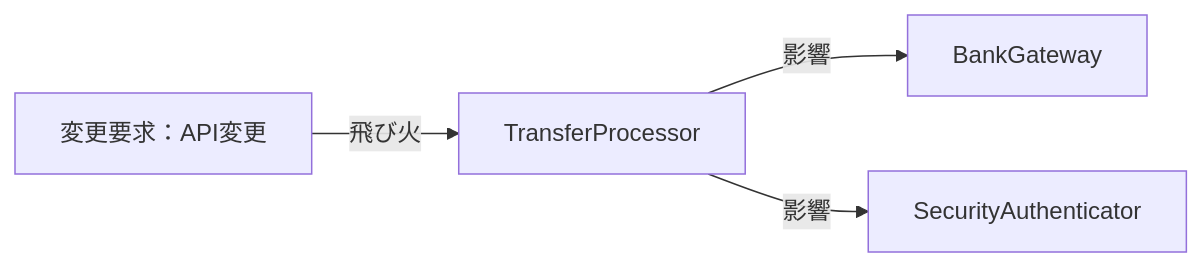
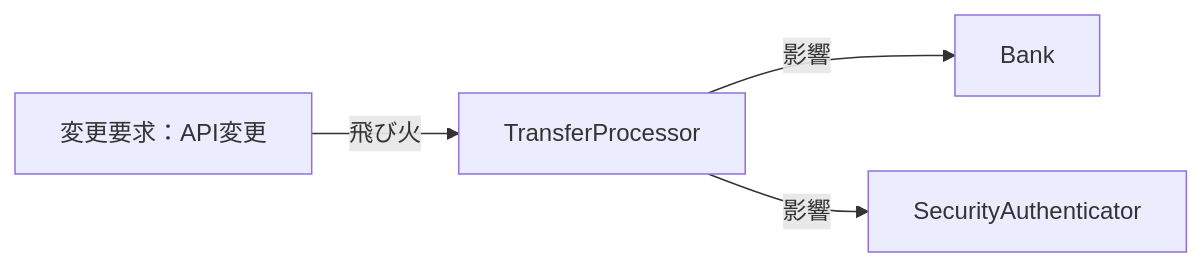
Before and after one commit to kumachan1101-pixel/DesignPattern: the fourth of 11 diagrams in kindle/design-patterns/output/chapter02.md, drawn with Mermaid. The commit also changed other lines of this file and 1 other file, not shown here.

````diff
--- a/kindle/design-patterns/output/chapter02.md
+++ b/kindle/design-patterns/output/chapter02.md
@@ -863,6 +785,6 @@
 ```mermaid
 graph LR
     T1["変更要求：API変更"] -->|"飛び火"| A["TransferProcessor"]
-    A -->|"影響"| B["BankGateway"]
+    A -->|"影響"| B["Bank"]
     A -->|"影響"| C["SecurityAuthenticator"]
 ```
````
